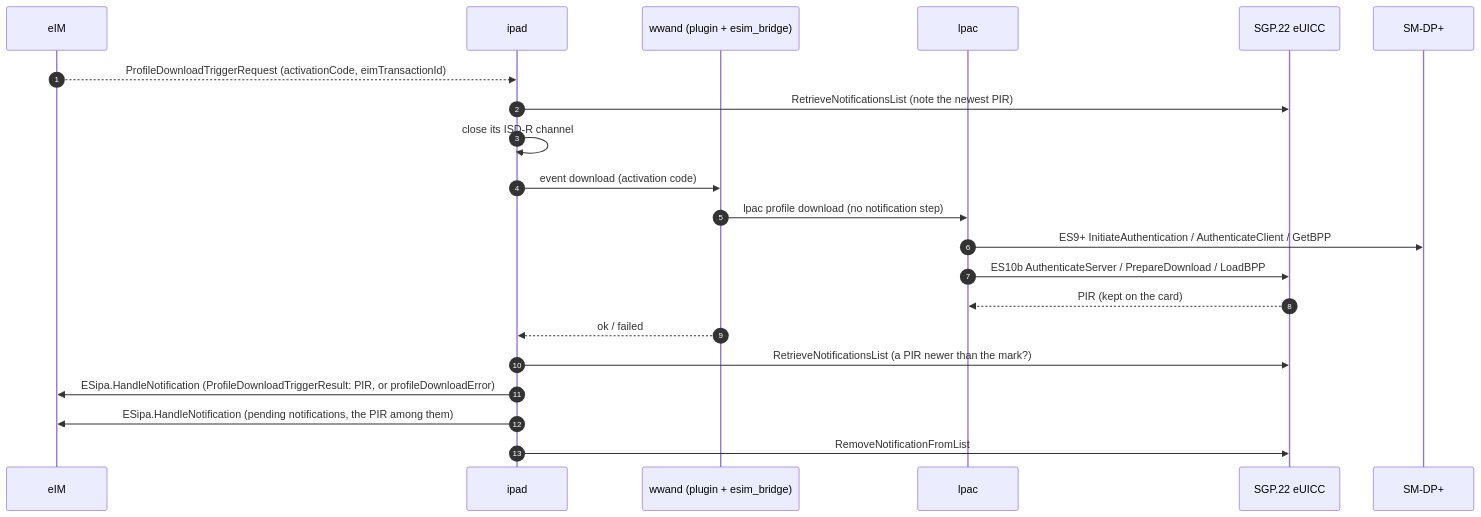
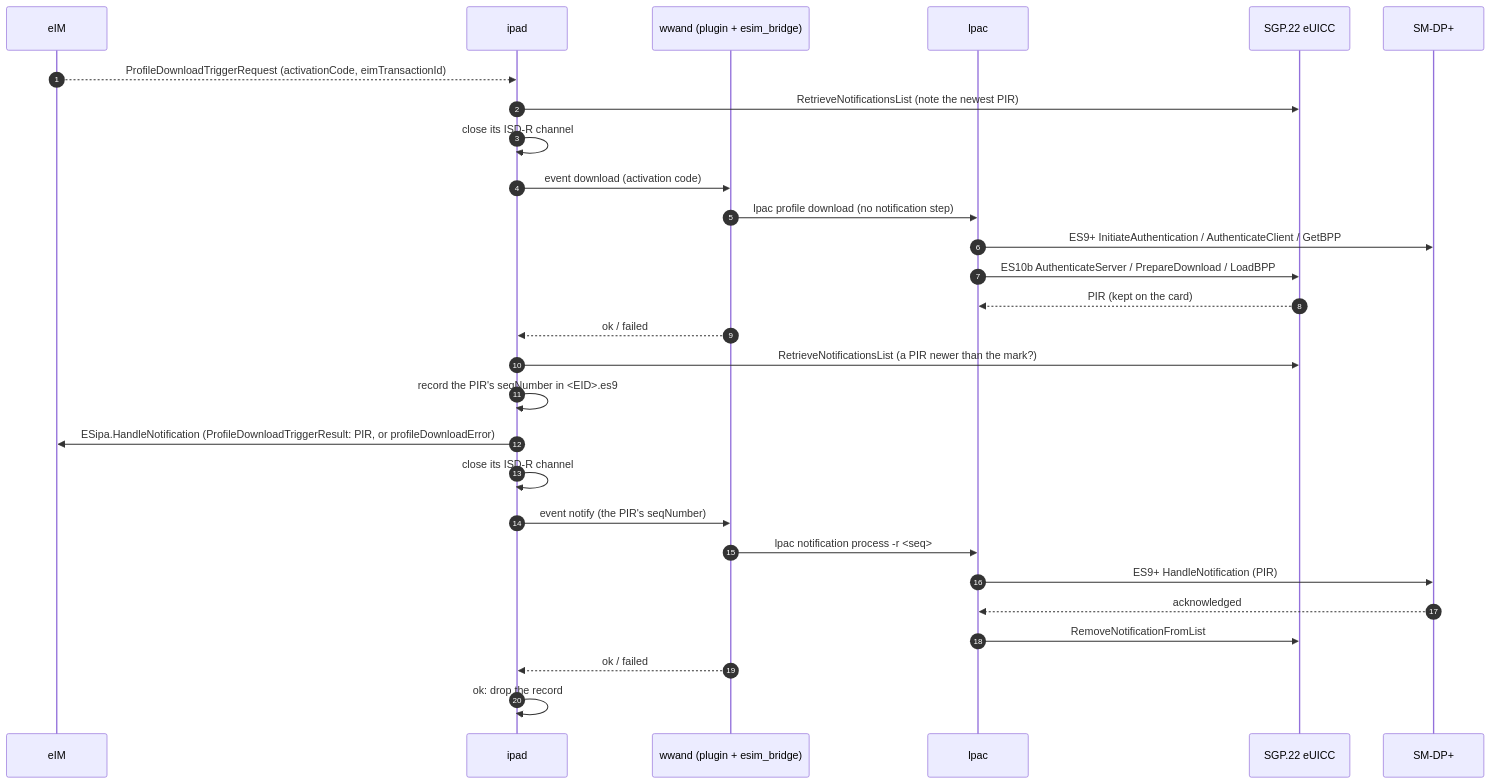
One commit to ddimension/ipad changed the fifth of 5 diagrams in docs/sgp22-emulation.md. Above: the diagram before and after it, drawn with Mermaid. The commit also changed other lines of this file and 16 other files, not shown here.

````diff
--- a/docs/sgp22-emulation.md
+++ b/docs/sgp22-emulation.md
@@ -507,23 +556,30 @@
 ```mermaid
 sequenceDiagram
     autonumber
     participant E as eIM
     participant I as ipad
     participant H as wwand (plugin + esim_bridge)
     participant L as lpac
     participant U as SGP.22 eUICC
     participant D as SM-DP+
     E-->>I: ProfileDownloadTriggerRequest (activationCode, eimTransactionId)
     I->>U: RetrieveNotificationsList (note the newest PIR)
     I->>I: close its ISD-R channel
     I->>H: event download (activation code)
     H->>L: lpac profile download (no notification step)
     L->>D: ES9+ InitiateAuthentication / AuthenticateClient / GetBPP
     L->>U: ES10b AuthenticateServer / PrepareDownload / LoadBPP
     U-->>L: PIR (kept on the card)
     H-->>I: ok / failed
     I->>U: RetrieveNotificationsList (a PIR newer than the mark?)
+    I->>I: record the PIR's seqNumber in <EID>.es9
     I->>E: ESipa.HandleNotification (ProfileDownloadTriggerResult: PIR, or profileDownloadError)
-    I->>E: ESipa.HandleNotification (pending notifications, the PIR among them)
-    I->>U: RemoveNotificationFromList
+    I->>I: close its ISD-R channel
+    I->>H: event notify (the PIR's seqNumber)
+    H->>L: lpac notification process -r <seq>
+    L->>D: ES9+ HandleNotification (PIR)
+    D-->>L: acknowledged
+    L->>U: RemoveNotificationFromList
+    H-->>I: ok / failed
+    I->>I: ok: drop the record
 ```
````
